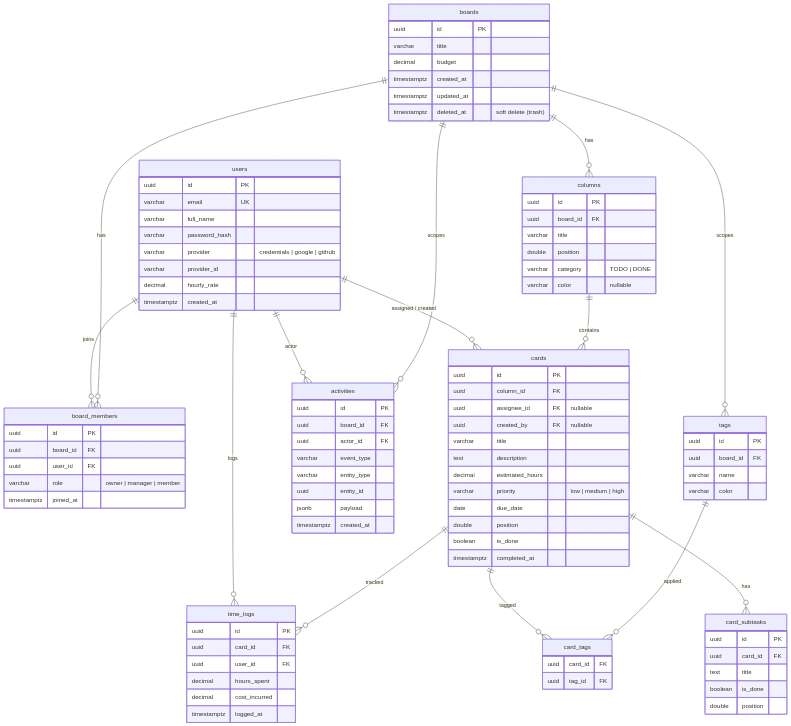
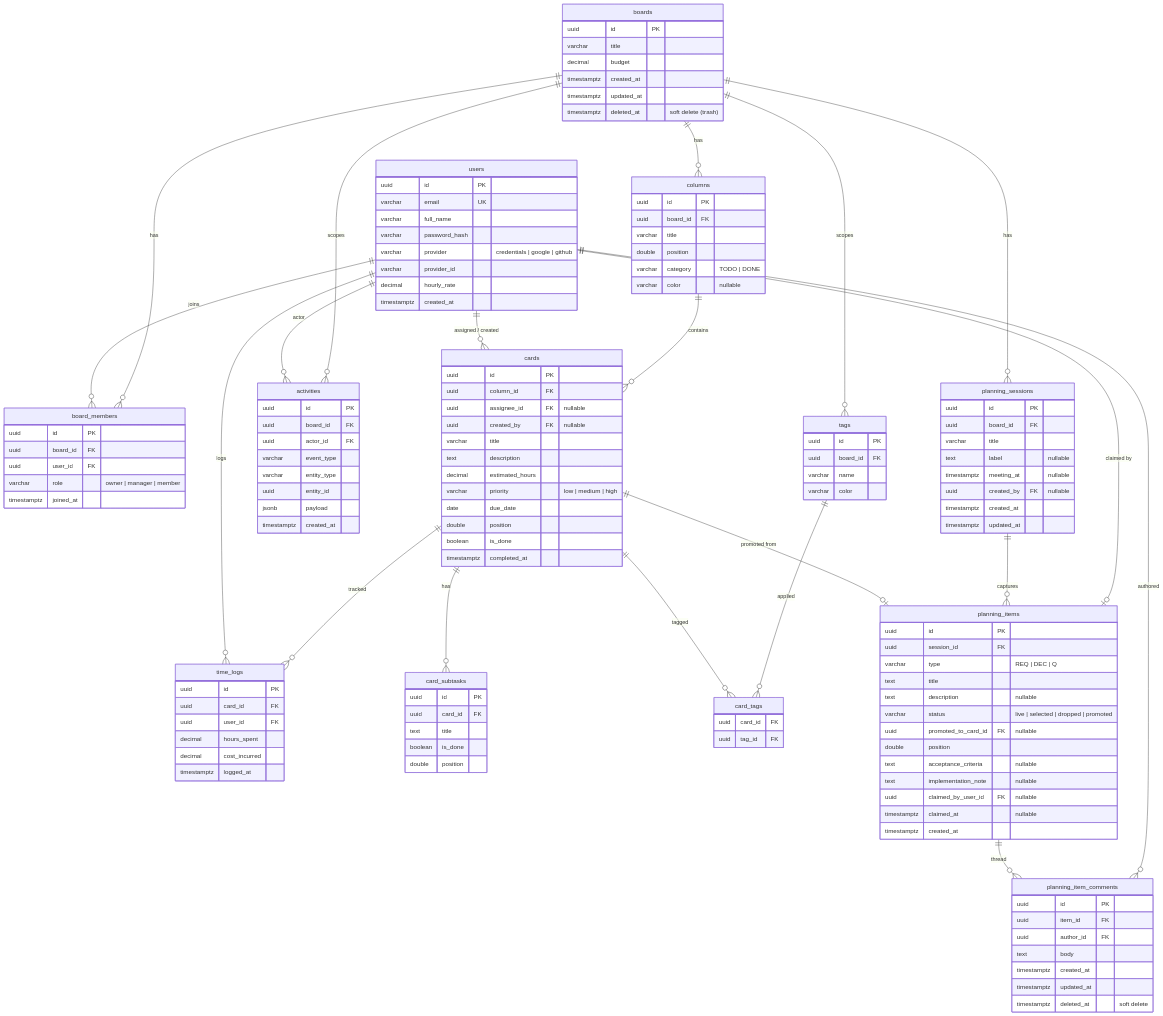
One commit to aumputthipong/Mini-Kanban-ERP changed the diagram in docs/DATABASE.md. Above: the diagram before and after it, drawn with Mermaid. The commit also changed other lines of this file and 2 other files, not shown here.

First paragraph of the commit message:
docs: catch up DATABASE/ARCHITECTURE/AGENTS with planning section
Three docs had drifted while Phase A+B shipped — fixing them in one
pass so the next contributor (or future me) doesn't trip on the same
gaps:

````diff
--- a/docs/DATABASE.md
+++ b/docs/DATABASE.md
@@ -21,8 +21,15 @@
     cards ||--o{ card_subtasks : "has"
     cards ||--o{ card_tags : "tagged"
     cards ||--o{ time_logs : "tracked"
+    cards ||--o| planning_items : "promoted from"
 
     tags ||--o{ card_tags : "applied"
+
+    boards ||--o{ planning_sessions : "has"
+    planning_sessions ||--o{ planning_items : "captures"
+    planning_items ||--o{ planning_item_comments : "thread"
+    users ||--o{ planning_item_comments : "authored"
+    users ||--o| planning_items : "claimed by"
 
     users {
         uuid id PK
@@ -115,4 +122,41 @@
         decimal cost_incurred
         timestamptz logged_at
     }
+
+    planning_sessions {
+        uuid id PK
+        uuid board_id FK
+        varchar title
+        text label "nullable"
+        timestamptz meeting_at "nullable"
+        uuid created_by FK "nullable"
+        timestamptz created_at
+        timestamptz updated_at
+    }
+
+    planning_items {
+        uuid id PK
+        uuid session_id FK
+        varchar type "REQ | DEC | Q"
+        text title
+        text description "nullable"
+        varchar status "live | selected | dropped | promoted"
+        uuid promoted_to_card_id FK "nullable"
+        double position
+        text acceptance_criteria "nullable"
+        text implementation_note "nullable"
+        uuid claimed_by_user_id FK "nullable"
+        timestamptz claimed_at "nullable"
+        timestamptz created_at
+    }
+
+    planning_item_comments {
+        uuid id PK
+        uuid item_id FK
+        uuid author_id FK
+        text body
+        timestamptz created_at
+        timestamptz updated_at
+        timestamptz deleted_at "soft delete"
+    }
 ```
````
